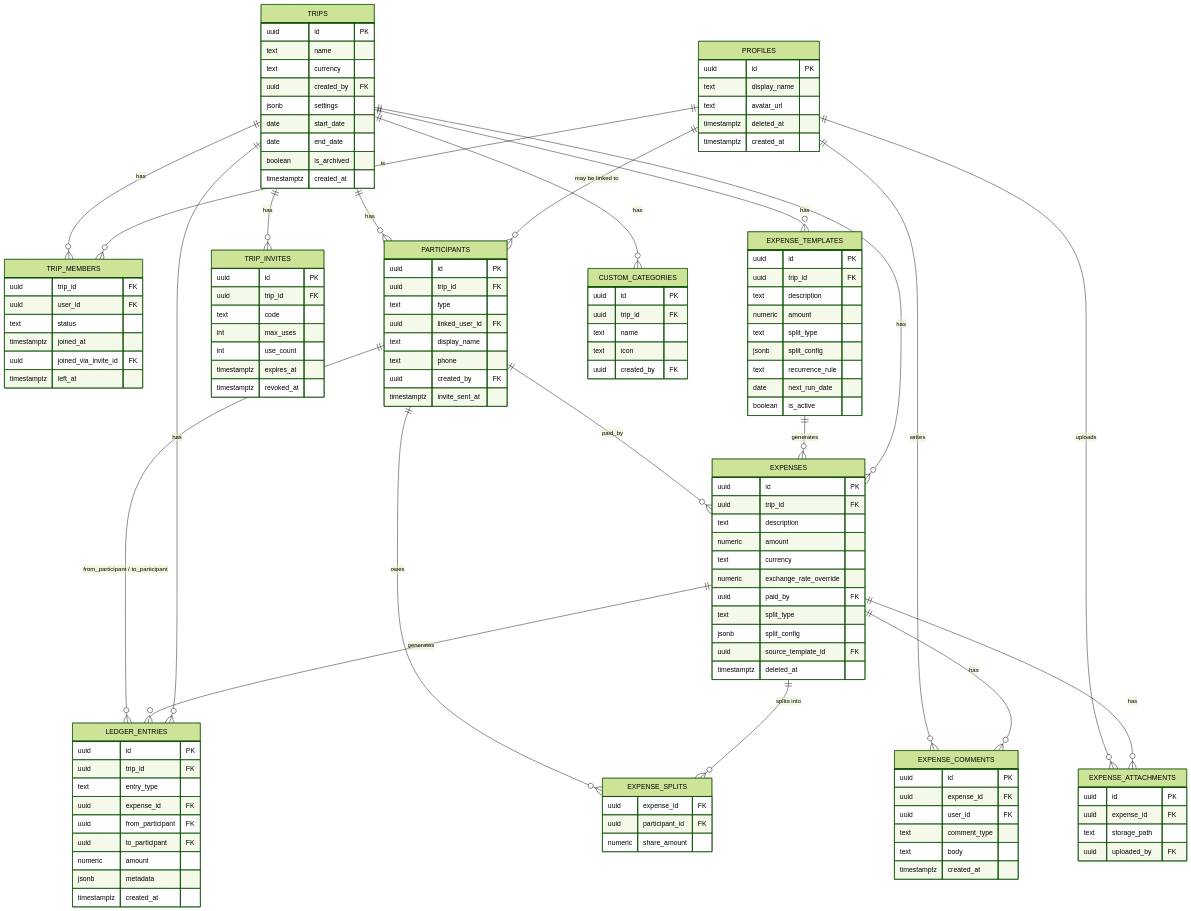
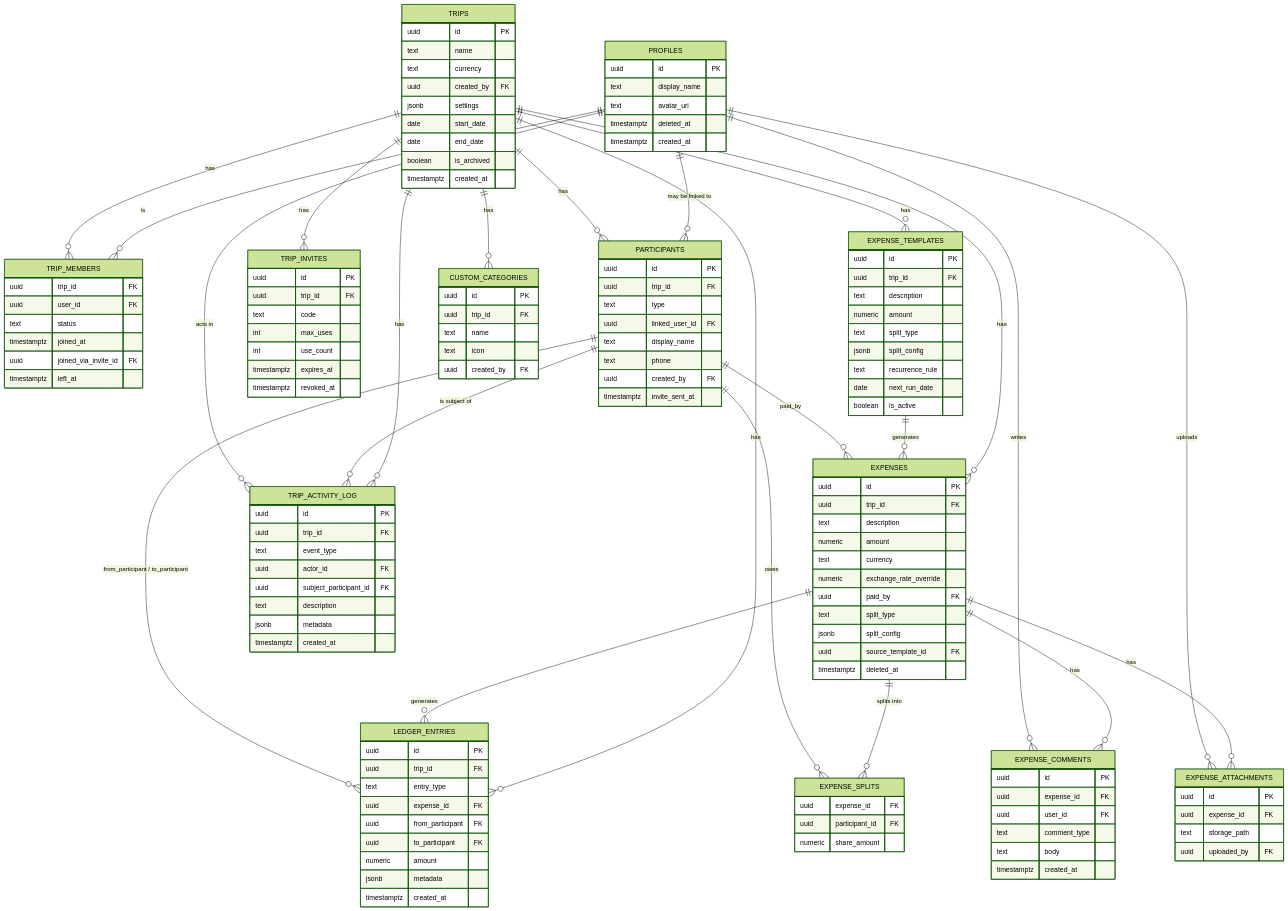
One commit to Amartya-007/Expensio changed the diagram in docs/architecture/expensio-data-model.md. Above: the diagram before and after it, drawn with Mermaid (forest theme). The commit also changed other lines of this file and 2 other files, not shown here.

First line of the commit message:
Immutable trip activity log + hardening pass (idempotency, claim security, soft-delete)

```diff
--- a/docs/architecture/expensio-data-model.md
+++ b/docs/architecture/expensio-data-model.md
@@ -27,6 +27,9 @@
     TRIPS ||--o{ LEDGER_ENTRIES : "has"
     TRIPS ||--o{ EXPENSE_TEMPLATES : "has"
     TRIPS ||--o{ CUSTOM_CATEGORIES : "has"
+    TRIPS ||--o{ TRIP_ACTIVITY_LOG : "has"
+    PARTICIPANTS ||--o{ TRIP_ACTIVITY_LOG : "is subject of"
+    PROFILES ||--o{ TRIP_ACTIVITY_LOG : "acts in"
     EXPENSE_TEMPLATES ||--o{ EXPENSES : "generates"
     EXPENSES ||--o{ EXPENSE_SPLITS : "splits into"
     EXPENSES ||--o{ LEDGER_ENTRIES : "generates"
@@ -90,6 +93,16 @@
         text icon
         uuid created_by FK
     }
+    TRIP_ACTIVITY_LOG {
+        uuid id PK
+        uuid trip_id FK
+        text event_type
+        uuid actor_id FK
+        uuid subject_participant_id FK
+        text description
+        jsonb metadata
+        timestamptz created_at
+    }
     EXPENSES {
         uuid id PK
         uuid trip_id FK
```
